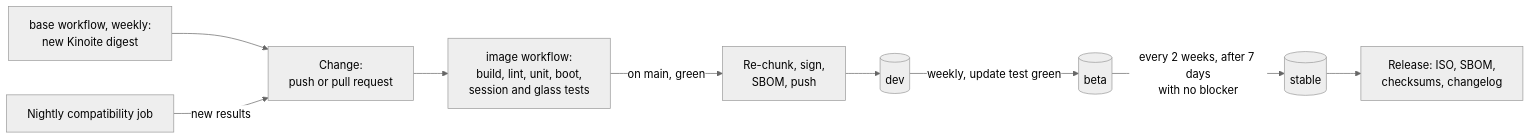
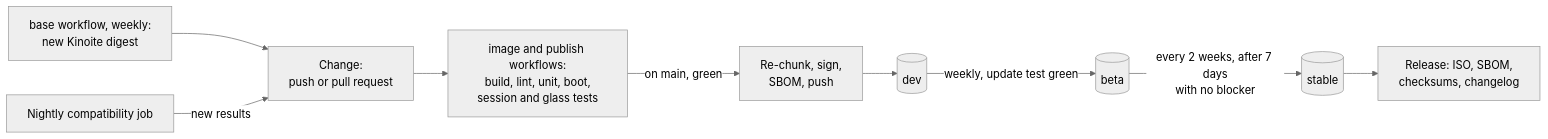
The first of 3 diagrams in docs/architecture.md (edmundhills/lumen-os), drawn with Mermaid (neutral theme) before and after one commit. The commit also changed other lines of this file and 4 other files, not shown here.

First line of the commit message:
ci(image): skip document-only pushes on branches; publish from its own workflow

````diff
--- a/docs/architecture.md
+++ b/docs/architecture.md
@@ -615,11 +615,11 @@
 ```mermaid
 flowchart LR
-  change["Change:<br/>push or pull request"] --> test["image workflow:<br/>build, lint, unit, boot,<br/>session and glass tests"]
+  change["Change:<br/>push or pull request"] --> test["image and publish workflows:<br/>build, lint, unit, boot,<br/>session and glass tests"]
   bump["base workflow, weekly:<br/>new Kinoite digest"] --> change
   nightly["Nightly compatibility job"] -->|"new results"| change
   test -->|"on main, green"| sign["Re-chunk, sign,<br/>SBOM, push"]
   sign --> dev[("dev")]
   dev -->|"weekly, update test green"| beta[("beta")]
   beta -->|"every 2 weeks, after 7 days<br/>with no blocker"| stable[("stable")]
   stable --> release["Release: ISO, SBOM,<br/>checksums, changelog"]
 ```
````
